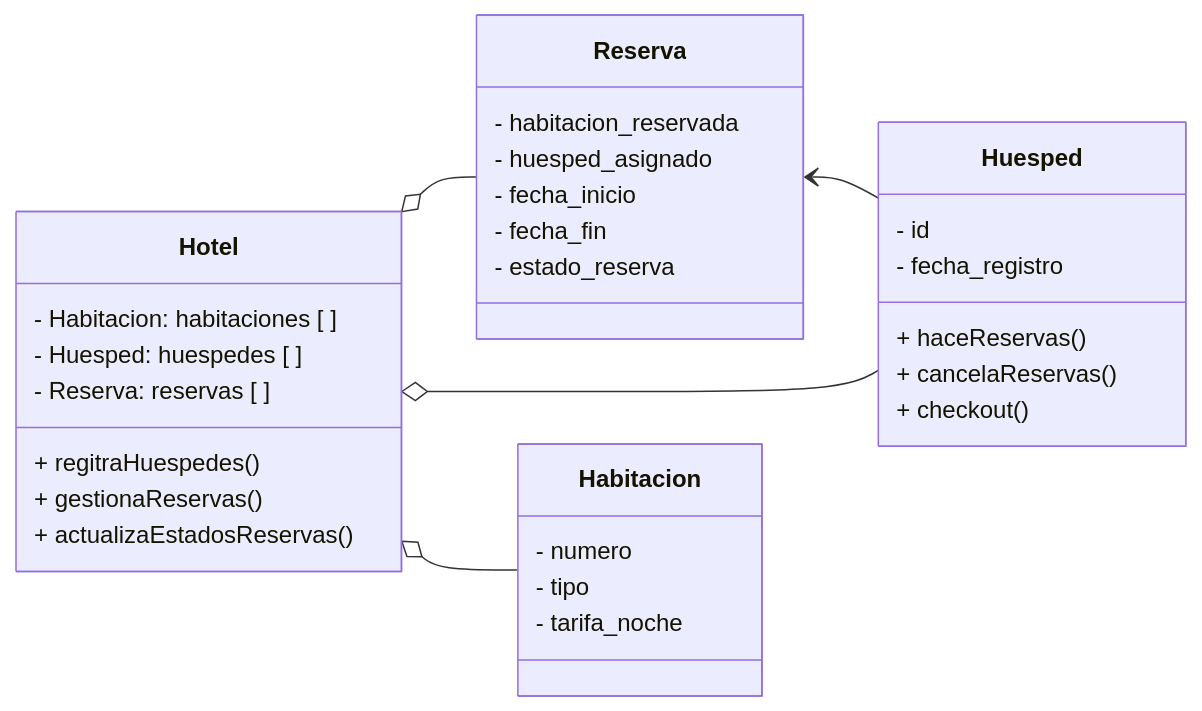
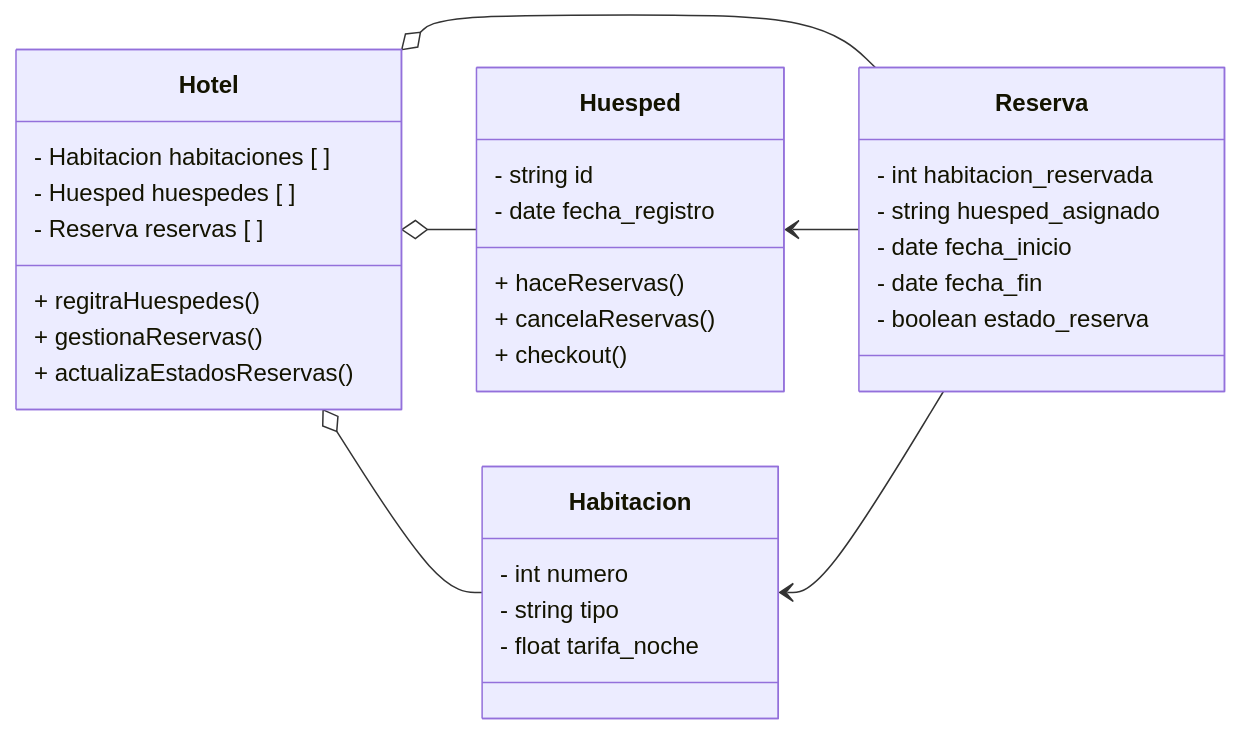
Before and after one commit to POO20251C/analisis-dise-o-objetos-isabeljim22: the diagram in Caso_Hotel_Juana_Jimenez.mmd, drawn with Mermaid. The commit also changed other lines of this file and 2 other files, not shown here.

```diff
--- a/Caso_Hotel_Juana_Jimenez.mmd
+++ b/Caso_Hotel_Juana_Jimenez.mmd
@@ -1,37 +1,38 @@
 classDiagram
 direction RL
+    class Hotel {
+	    - Habitacion habitaciones [ ]
+	    - Huesped huespedes [ ]
+	    - Reserva reservas [ ]
+	    + regitraHuespedes()
+	    + gestionaReservas()
+	    + actualizaEstadosReservas()
+    }
+
     class Huesped {
-	    - id
-	    - fecha_registro
+	    - string id
+	    - date fecha_registro
 	    + haceReservas()
 	    + cancelaReservas()
 	    + checkout()
     }
 
     class Reserva {
-	    - habitacion_reservada
-	    - huesped_asignado
-	    - fecha_inicio
-	    - fecha_fin
-	    - estado_reserva
+	    - int habitacion_reservada
+	    - string huesped_asignado
+	    - date fecha_inicio
+	    - date fecha_fin
+	    - boolean estado_reserva
     }
 
     class Habitacion {
-	    - numero
-	    - tipo
-	    - tarifa_noche
-    }
-
-    class Hotel {
-	    - Habitacion: habitaciones [ ]
-	    - Huesped: huespedes [ ]
-	    - Reserva: reservas [ ]
-	    + regitraHuespedes()
-	    + gestionaReservas()
-	    + actualizaEstadosReservas()
+	    - int numero
+	    - string tipo
+	    - float tarifa_noche
     }
 
     Reserva --o Hotel
     Huesped --o Hotel
     Habitacion --o Hotel
-    Huesped --> Reserva
+    Reserva --> Habitacion
+    Reserva --> Huesped
```
